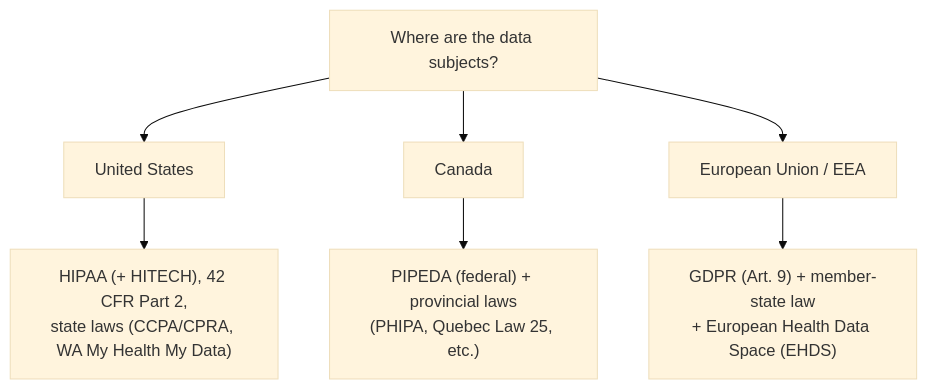
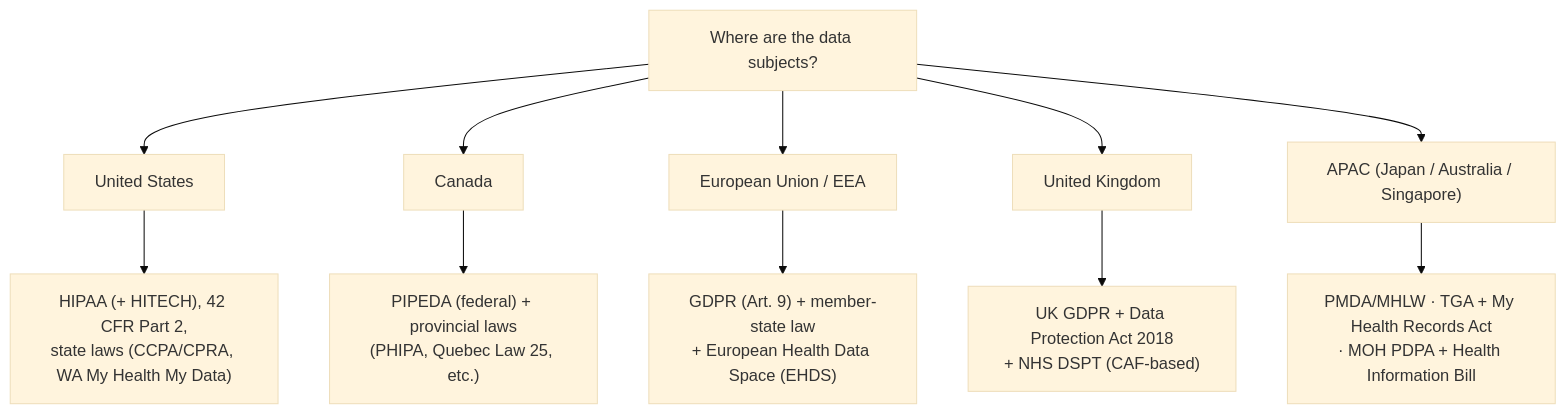
One commit to anothernoise/hls-sa changed the diagram in docs/03-compliance/05-regional-compliance.md. Above: the diagram before and after it, drawn with Mermaid (base theme). The commit also changed other lines of this file and 10 other files, not shown here.

````diff
--- a/docs/03-compliance/05-regional-compliance.md
+++ b/docs/03-compliance/05-regional-compliance.md
@@ -17,7 +17,9 @@
 ```mermaid
 flowchart TB
-  Where["Where are the data subjects?"] --> US & CA & EU
+  Where["Where are the data subjects?"] --> US & CA & EU & UK & APAC
   US["United States"] --> USlaws["HIPAA (+ HITECH), 42 CFR Part 2,<br/>state laws (CCPA/CPRA, WA My Health My Data)"]
   CA["Canada"] --> CAlaws["PIPEDA (federal) + provincial laws<br/>(PHIPA, Quebec Law 25, etc.)"]
   EU["European Union / EEA"] --> EUlaws["GDPR (Art. 9) + member-state law<br/>+ European Health Data Space (EHDS)"]
+  UK["United Kingdom"] --> UKlaws["UK GDPR + Data Protection Act 2018<br/>+ NHS DSPT (CAF-based)"]
+  APAC["APAC (Japan / Australia / Singapore)"] --> APAClaws["PMDA/MHLW · TGA + My Health Records Act<br/>· MOH PDPA + Health Information Bill"]
 ```
````
